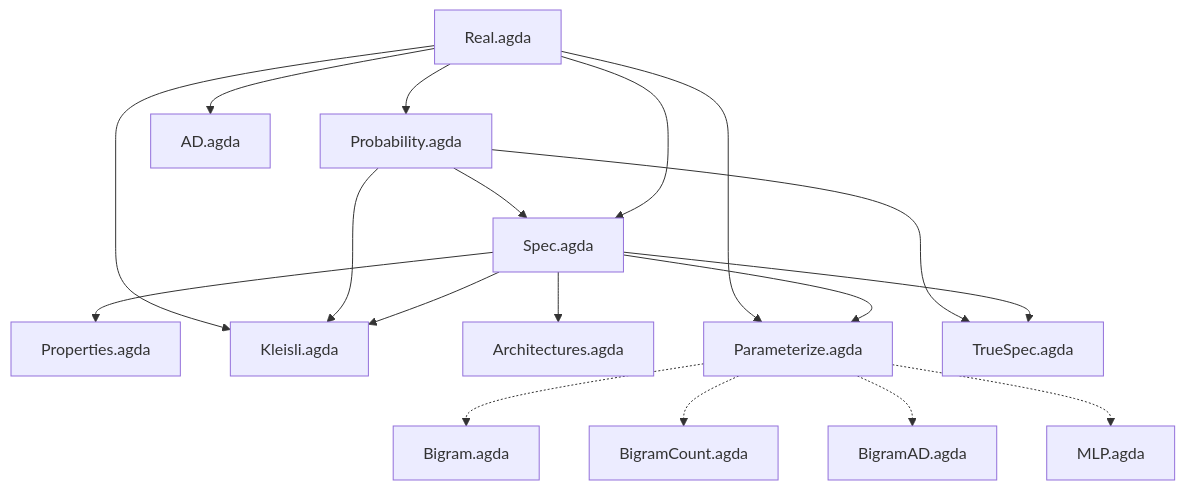
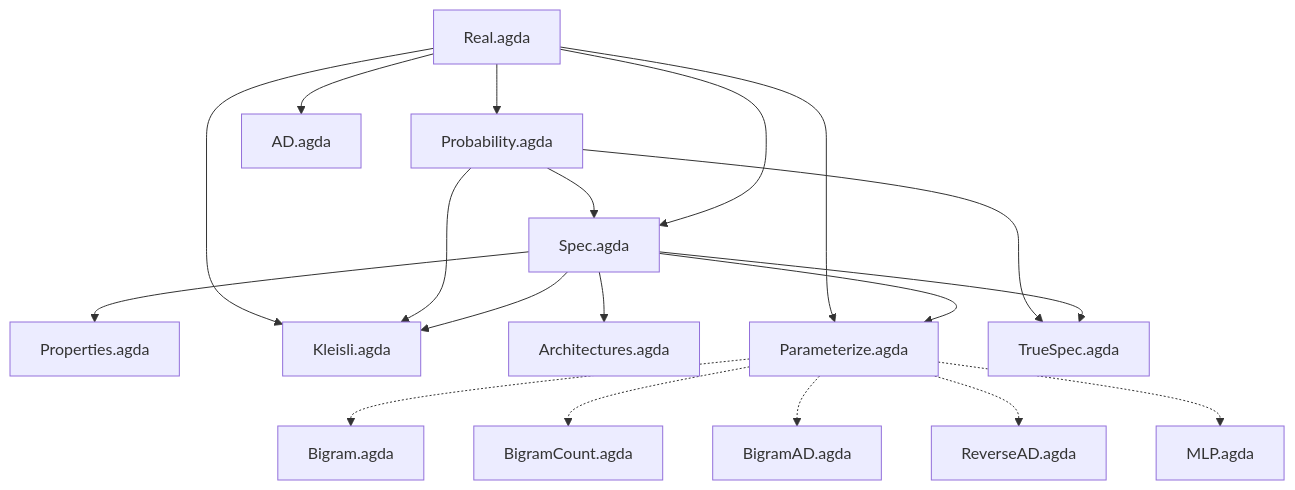
The diagram in README.md (stevekrouse/denotational-llm), drawn with Mermaid before and after one commit. The commit also changed other lines of this file, not shown here.

Commit message:
Update README with reverse-mode AD results

````diff
--- a/README.md
+++ b/README.md
@@ -34,20 +34,21 @@
 ```mermaid
 graph TD
     R[Real.agda] --> P[Probability.agda]
     R --> S[Spec.agda]
     P --> S
     S --> Pr[Properties.agda]
     S --> K[Kleisli.agda]
     P --> K
     R --> K
     S --> Ar[Architectures.agda]
     R --> AD[AD.agda]
     S --> Pa[Parameterize.agda]
     R --> Pa
     S --> TS[TrueSpec.agda]
     P --> TS
     Pa -.-> B[Bigram.agda]
     Pa -.-> BC[BigramCount.agda]
     Pa -.-> BAD[BigramAD.agda]
+    Pa -.-> RAD[ReverseAD.agda]
     Pa -.-> MLP[MLP.agda]
 ```
````
